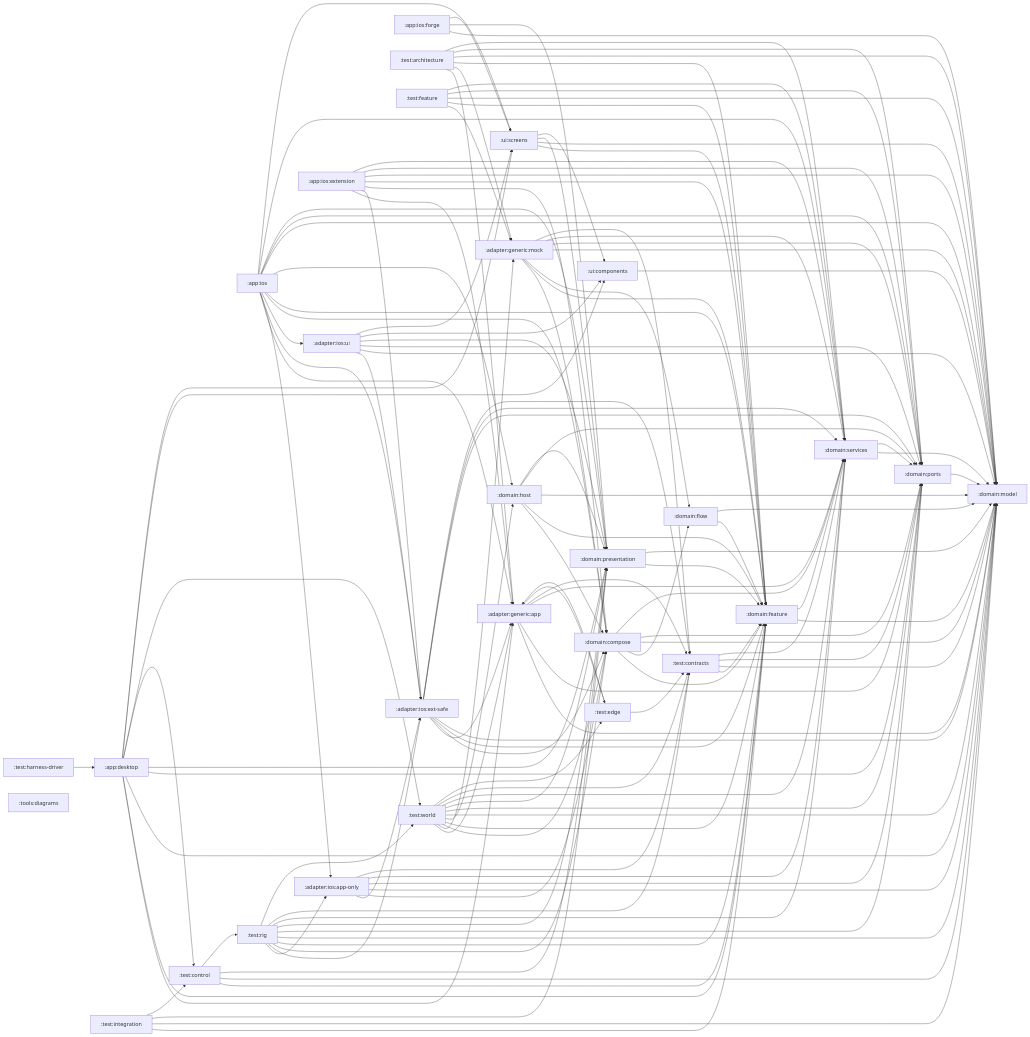
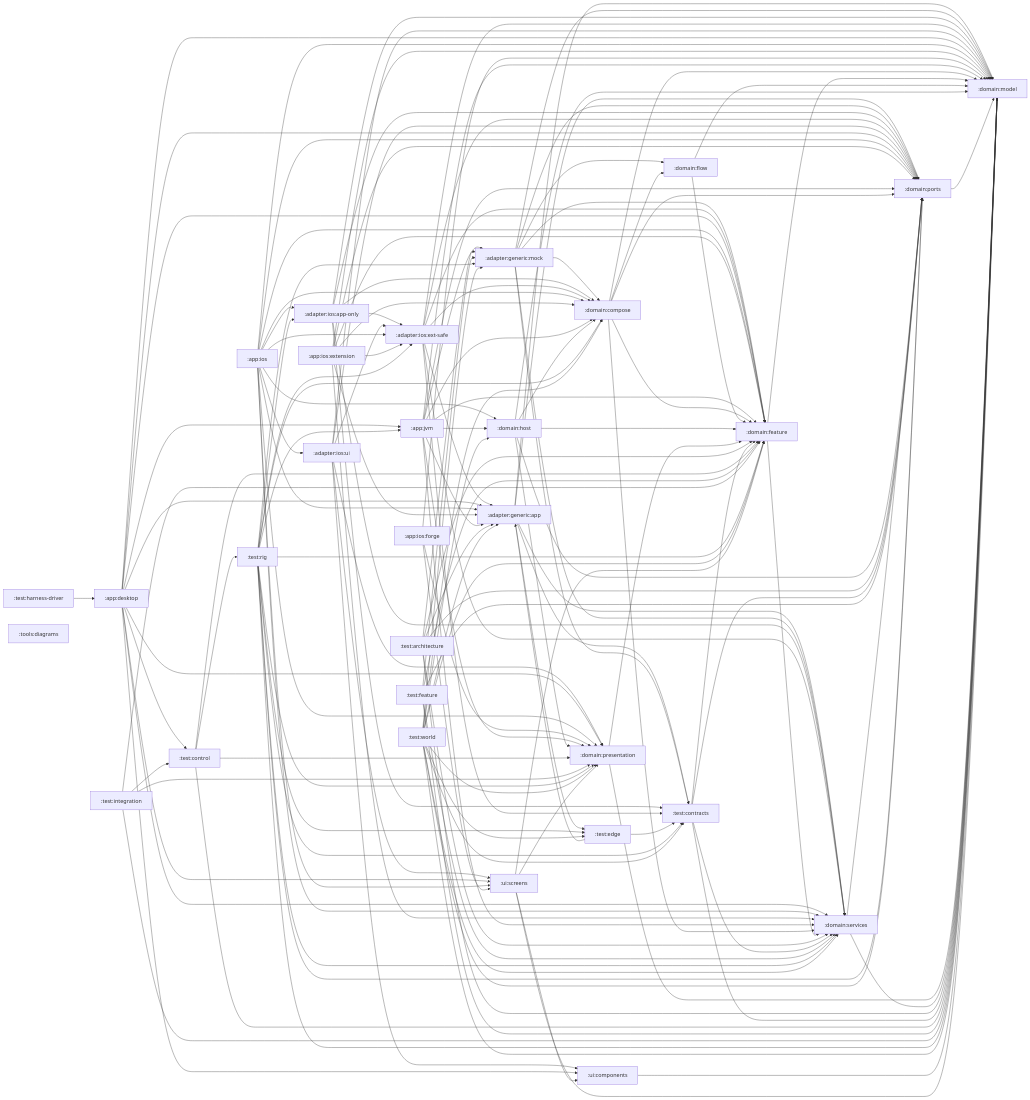
Before and after one commit to stefanhoelzl/SnapSync: the diagram in architecture/modules.md, drawn with Mermaid. The commit also changed 12 other files, not shown here.

First line of the commit message:
internal(docs): mocks, the JVM root, the rig's JVM host and the desktop on them

````diff
--- a/architecture/modules.md
+++ b/architecture/modules.md
@@ -10,7 +10,7 @@
 ```mermaid
 flowchart LR
   adapter_generic_app[":adapter:generic:app"]
-  adapter_generic_fake[":adapter:generic:mock"]
+  adapter_generic_mock[":adapter:generic:mock"]
   adapter_ios_app_only[":adapter:ios:app-only"]
   adapter_ios_ext_safe[":adapter:ios:ext-safe"]
   adapter_ios_ui[":adapter:ios:ui"]
@@ -18,6 +18,7 @@
   app_ios[":app:ios"]
   app_ios_extension[":app:ios:extension"]
   app_ios_forge[":app:ios:forge"]
+  app_jvm[":app:jvm"]
   domain_compose[":domain:compose"]
   domain_feature[":domain:feature"]
   domain_flow[":domain:flow"]
@@ -43,13 +44,13 @@
   adapter_generic_app --> domain_services
   adapter_generic_app --> test_contracts
   adapter_generic_app --> test_edge
-  adapter_generic_fake --> domain_compose
-  adapter_generic_fake --> domain_feature
-  adapter_generic_fake --> domain_flow
-  adapter_generic_fake --> domain_model
-  adapter_generic_fake --> domain_ports
-  adapter_generic_fake --> domain_services
-  adapter_generic_fake --> test_contracts
+  adapter_generic_mock --> domain_compose
+  adapter_generic_mock --> domain_feature
+  adapter_generic_mock --> domain_flow
+  adapter_generic_mock --> domain_model
+  adapter_generic_mock --> domain_ports
+  adapter_generic_mock --> domain_services
+  adapter_generic_mock --> test_contracts
   adapter_ios_app_only --> adapter_ios_ext_safe
   adapter_ios_app_only --> domain_compose
   adapter_ios_app_only --> domain_model
@@ -70,12 +71,13 @@
   adapter_ios_ui --> ui_components
   adapter_ios_ui --> ui_screens
   app_desktop --> adapter_generic_app
+  app_desktop --> app_jvm
   app_desktop --> domain_feature
   app_desktop --> domain_model
   app_desktop --> domain_ports
   app_desktop --> domain_presentation
+  app_desktop --> domain_services
   app_desktop --> test_control
-  app_desktop --> test_world
   app_desktop --> ui_components
   app_desktop --> ui_screens
   app_ios --> adapter_generic_app
@@ -100,6 +102,15 @@
   app_ios_forge --> domain_model
   app_ios_forge --> domain_presentation
   app_ios_forge --> ui_screens
+  app_jvm --> adapter_generic_app
+  app_jvm --> adapter_generic_mock
+  app_jvm --> domain_compose
+  app_jvm --> domain_feature
+  app_jvm --> domain_host
+  app_jvm --> domain_model
+  app_jvm --> domain_ports
+  app_jvm --> domain_presentation
+  app_jvm --> domain_services
   domain_compose --> domain_feature
   domain_compose --> domain_flow
   domain_compose --> domain_model
@@ -120,7 +131,7 @@
   domain_services --> domain_model
   domain_services --> domain_ports
   test_architecture --> adapter_generic_app
-  test_architecture --> adapter_generic_fake
+  test_architecture --> adapter_generic_mock
   test_architecture --> domain_feature
   test_architecture --> domain_model
   test_architecture --> domain_ports
@@ -135,7 +146,7 @@
   test_control --> test_rig
   test_edge --> adapter_generic_app
   test_edge --> test_contracts
-  test_feature --> adapter_generic_fake
+  test_feature --> adapter_generic_mock
   test_feature --> domain_feature
   test_feature --> domain_model
   test_feature --> domain_ports
@@ -145,8 +156,10 @@
   test_integration --> domain_model
   test_integration --> domain_presentation
   test_integration --> test_control
+  test_rig --> adapter_generic_mock
   test_rig --> adapter_ios_app_only
   test_rig --> adapter_ios_ext_safe
+  test_rig --> app_jvm
   test_rig --> domain_compose
   test_rig --> domain_feature
   test_rig --> domain_model
@@ -154,9 +167,9 @@
   test_rig --> domain_presentation
   test_rig --> domain_services
   test_rig --> test_contracts
-  test_rig --> test_world
+  test_rig --> test_edge
   test_world --> adapter_generic_app
-  test_world --> adapter_generic_fake
+  test_world --> adapter_generic_mock
   test_world --> domain_compose
   test_world --> domain_feature
   test_world --> domain_host
````
